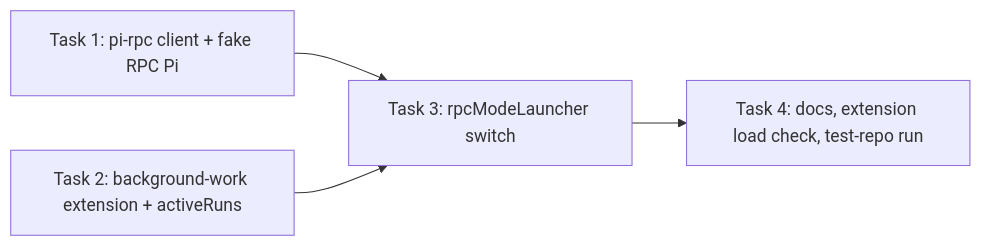
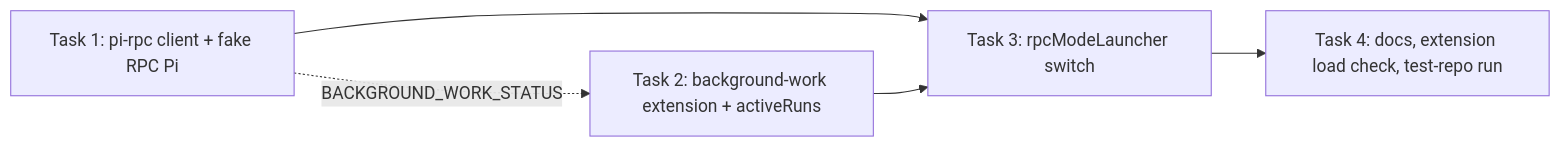
The diagram in docs/plans/2026-11-16-issue-305-run-pi-in-rpc-mode-in-the-run-once-workflow-plan.md (rochecompaan/patchmill), drawn with Mermaid before and after one commit. The commit also changed other lines of this file and 1 other file, not shown here.

````diff
--- a/docs/plans/2026-11-16-issue-305-run-pi-in-rpc-mode-in-the-run-once-workflow-plan.md
+++ b/docs/plans/2026-11-16-issue-305-run-pi-in-rpc-mode-in-the-run-once-workflow-plan.md
@@ -332,6 +376,7 @@
 ```mermaid
 flowchart LR
     T1["Task 1: pi-rpc client + fake RPC Pi"] --> T3["Task 3: rpcModeLauncher switch"]
+    T1 -. "BACKGROUND_WORK_STATUS" .-> T2
     T2["Task 2: background-work extension + activeRuns"] --> T3
     T3 --> T4["Task 4: docs, extension load check, test-repo run"]
 ```
````
